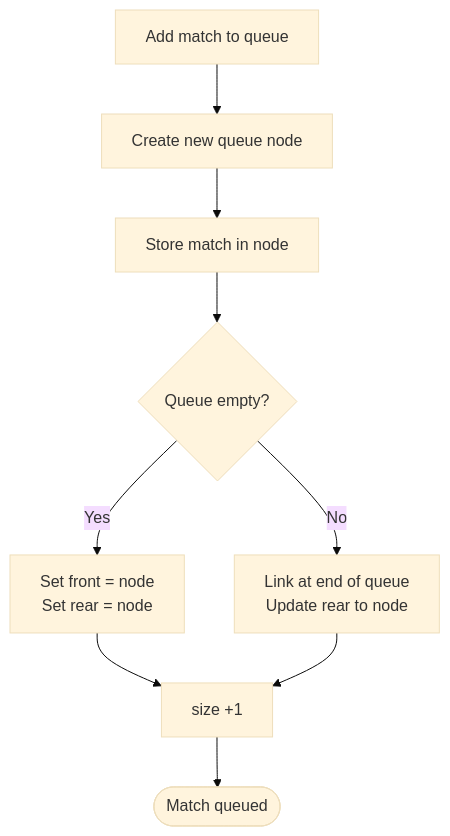
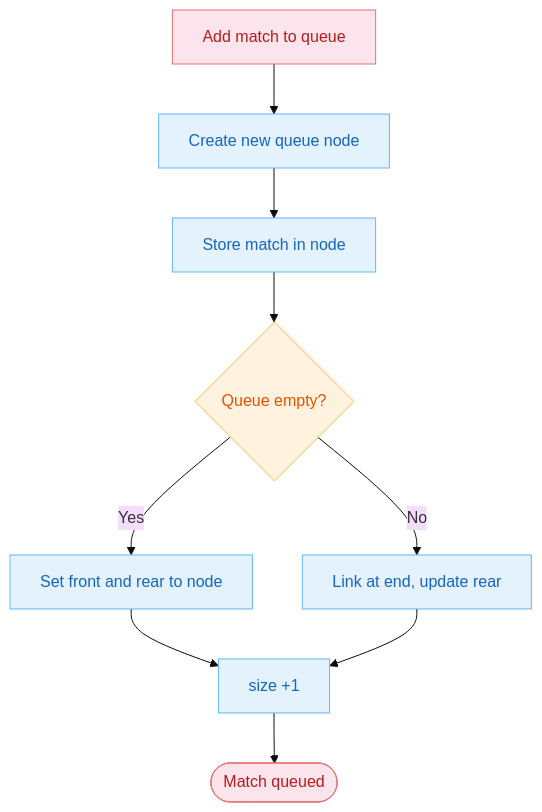
The tenth of 18 diagrams in README.md (khanhthanhdev/CompSys), drawn with Mermaid (base theme) before and after one commit. The commit also changed other lines of this file and 8 other files, not shown here.

````diff
--- a/README.md
+++ b/README.md
@@ -323,14 +370,18 @@
 ```mermaid
 flowchart TD
-    Start[Add match to queue] --> CreateNode[Create new queue node]
-    CreateNode --> SetMatch[Store match in node]
-    SetMatch --> EmptyQ{Queue empty?}
+    classDef startEnd fill:#fce4ec,stroke:#e57373,color:#b71c1c
+    classDef process fill:#e3f2fd,stroke:#64b5f6,color:#1565c0
+    classDef decision fill:#fff3e0,stroke:#ffb74d,color:#e65100
+
+    Start[Add match to queue]:::startEnd --> CreateNode[Create new queue node]:::process
+    CreateNode --> SetMatch[Store match in node]:::process
+    SetMatch --> EmptyQ{Queue empty?}:::decision
     
-    EmptyQ -->|Yes| SetBoth[Set front = node<br/>Set rear = node]
-    EmptyQ -->|No| Link[Link at end of queue<br/>Update rear to node]
+    EmptyQ -->|Yes| SetBoth[Set front and rear to node]:::process
+    EmptyQ -->|No| Link[Link at end, update rear]:::process
     
-    SetBoth --> IncSize[size +1]
+    SetBoth --> IncSize[size +1]:::process
     Link --> IncSize
     
-    IncSize --> Done([Match queued])
+    IncSize --> Done([Match queued]):::startEnd
 ```
````
